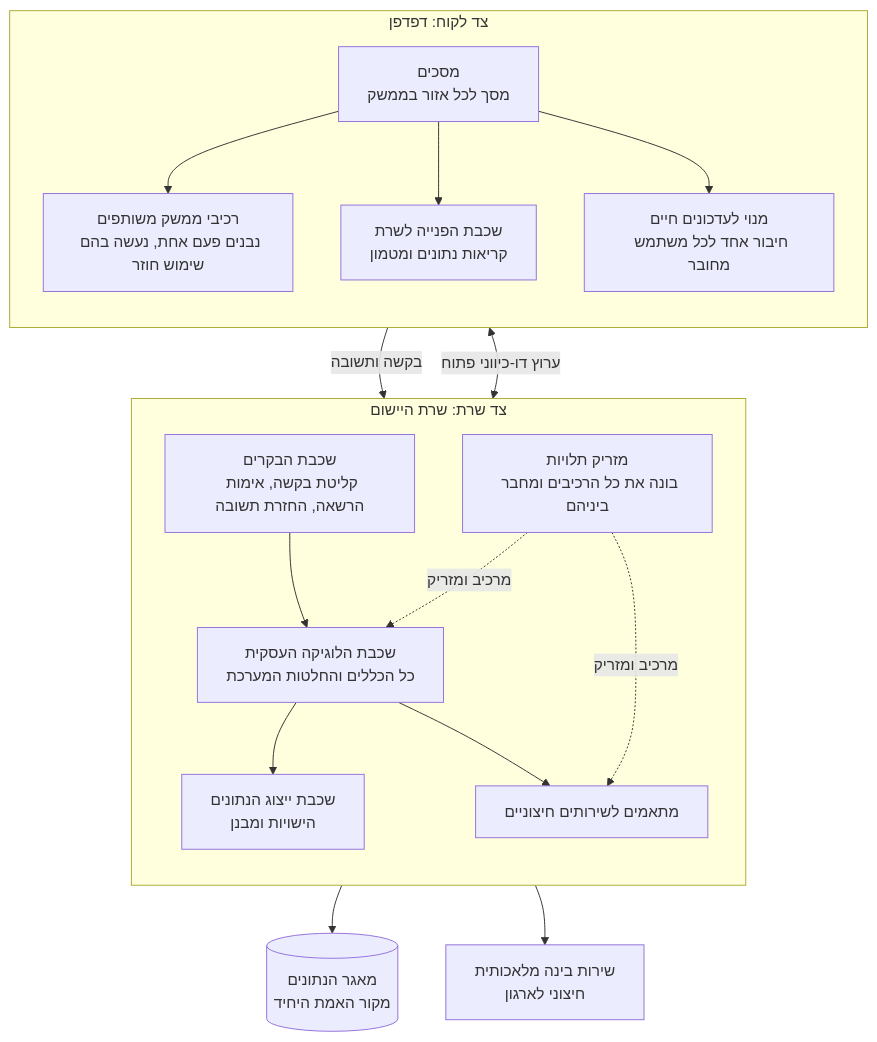
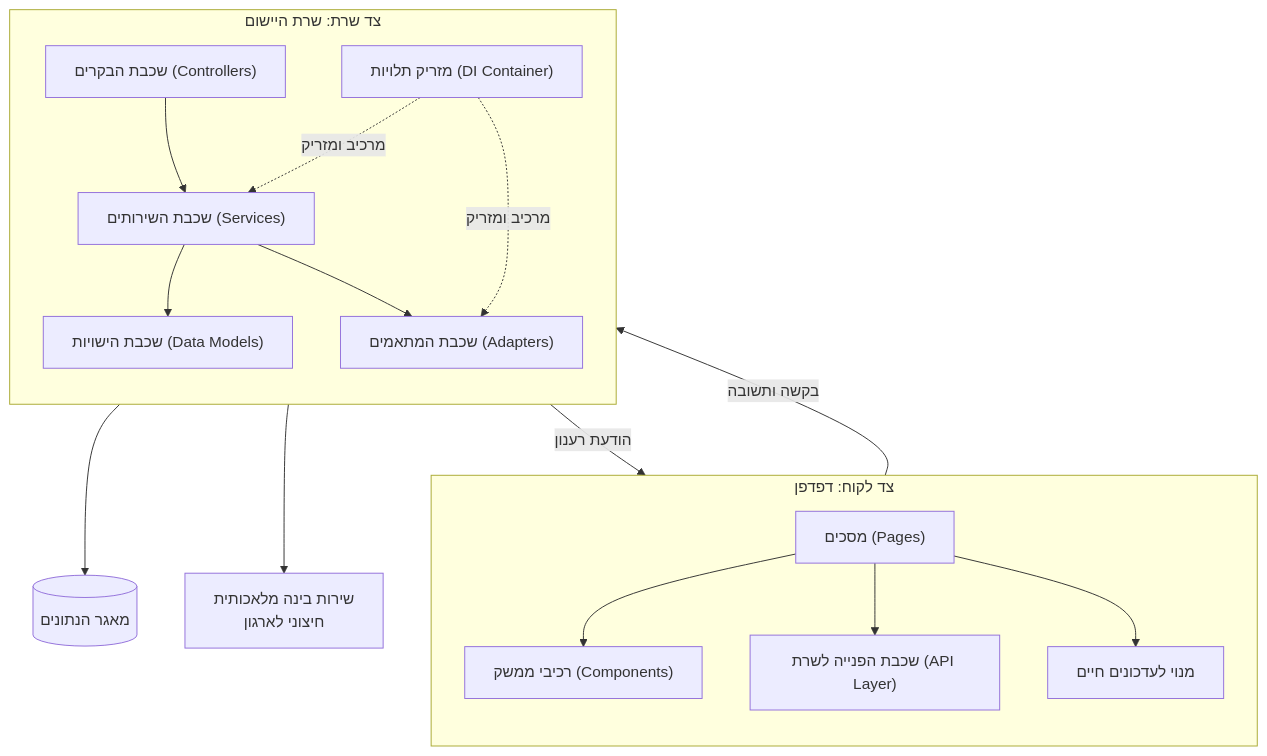
The diagram in מסמכים/הגשה/diagrams/component-overview.md (RonZaretsky/Restaurant-Kitchen-Management-System), drawn with Mermaid before and after one commit. The commit also changed other lines of this file and 18 other files, not shown here.

````diff
--- a/מסמכים/הגשה/diagrams/component-overview.md
+++ b/מסמכים/הגשה/diagrams/component-overview.md
@@ -3,35 +3,35 @@
 ```mermaid
 flowchart TB
     subgraph CLIENT["צד לקוח: דפדפן"]
         direction TB
-        pages["מסכים<br/>מסך לכל אזור בממשק"]
-        comps["רכיבי ממשק משותפים<br/>נבנים פעם אחת, נעשה בהם שימוש חוזר"]
-        api_client["שכבת הפנייה לשרת<br/>קריאות נתונים ומטמון"]
-        live["מנוי לעדכונים חיים<br/>חיבור אחד לכל משתמש מחובר"]
+        pages["מסכים (Pages)"]
+        comps["רכיבי ממשק (Components)"]
+        api_client["שכבת הפנייה לשרת (API Layer)"]
+        live["מנוי לעדכונים חיים"]
     end
 
     subgraph SERVER["צד שרת: שרת היישום"]
         direction TB
-        controllers["שכבת הבקרים<br/>קליטת בקשה, אימות הרשאה, החזרת תשובה"]
-        logic["שכבת הלוגיקה העסקית<br/>כל הכללים והחלטות המערכת"]
-        entities["שכבת ייצוג הנתונים<br/>הישויות ומבנן"]
-        adapters["מתאמים לשירותים חיצוניים"]
-        wiring["מזריק תלויות<br/>בונה את כל הרכיבים ומחבר ביניהם"]
+        controllers["שכבת הבקרים (Controllers)"]
+        logic["שכבת השירותים (Services)"]
+        entities["שכבת הישויות (Data Models)"]
+        adapters["שכבת המתאמים (Adapters)"]
+        wiring["מזריק תלויות (DI Container)"]
     end
 
-    db[("מאגר הנתונים<br/>מקור האמת היחיד")]
+    db[("מאגר הנתונים")]
     ai["שירות בינה מלאכותית<br/>חיצוני לארגון"]
 
     pages --> comps
     pages --> api_client
     pages --> live
     api_client -- "בקשה ותשובה" --> controllers
-    live <-- "ערוץ דו-כיווני פתוח" --> controllers
+    controllers -- "הודעת רענון" --> live
     controllers --> logic
     logic --> entities
     logic --> adapters
     entities --> db
     adapters --> ai
     wiring -. "מרכיב ומזריק" .-> logic
     wiring -. "מרכיב ומזריק" .-> adapters
 ```
````
